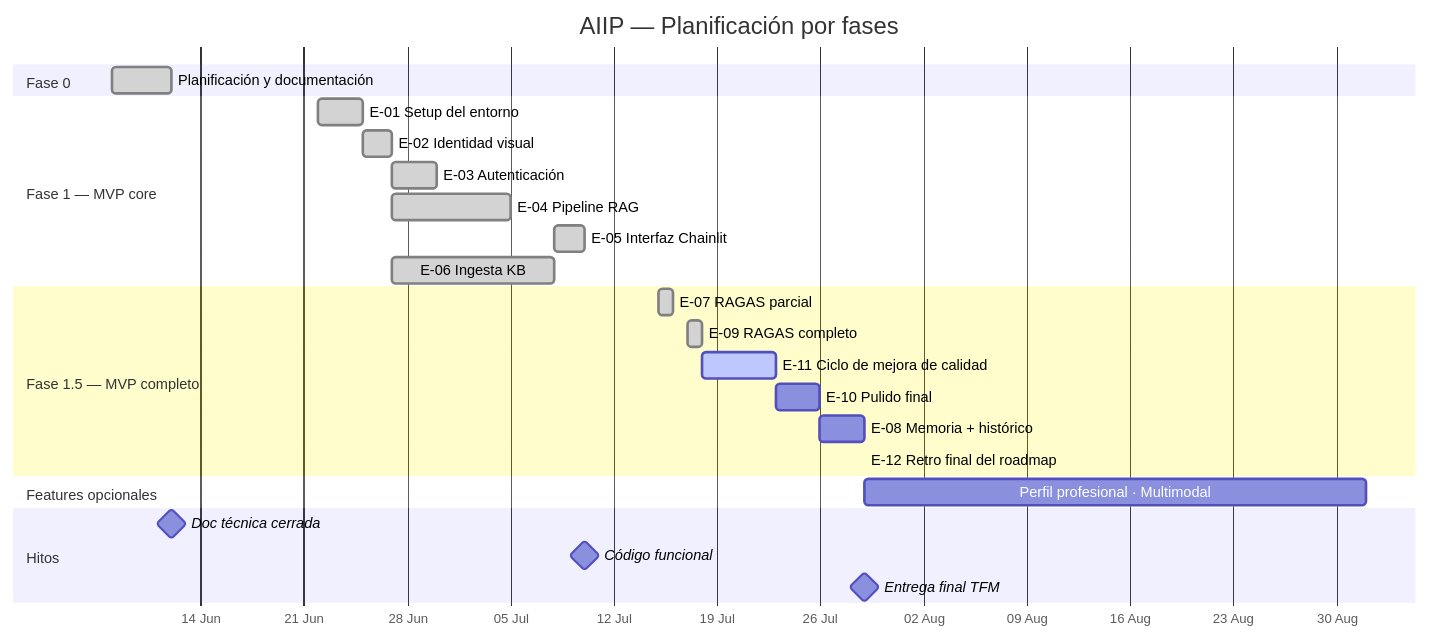
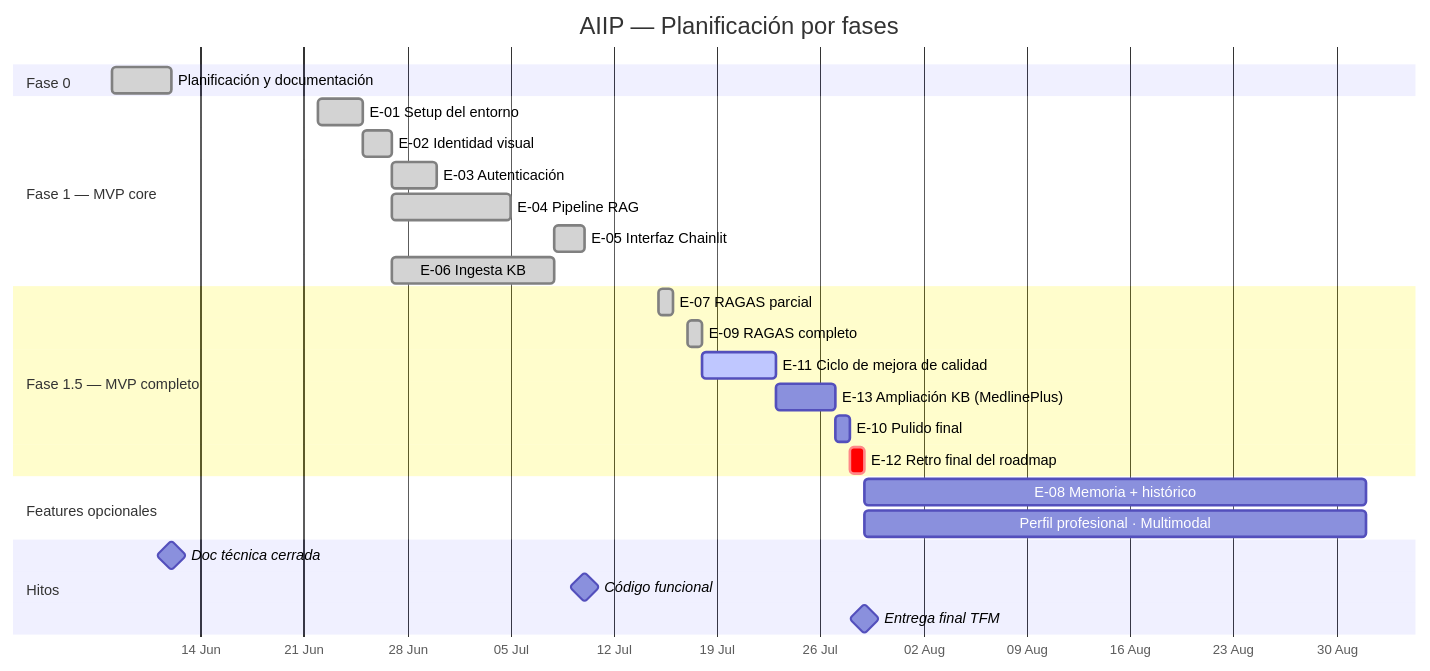
The diagram in README.md (mimpho/aiip), drawn with Mermaid before and after one commit. The commit also changed other lines of this file and 3 other files, not shown here.

Commit message:
docs: update project roadmap to postpone E-08 to post-TFM and prioritize E-13 (MedlinePlus KB expansion)

````diff
--- a/README.md
+++ b/README.md
@@ -67,33 +68,34 @@
 ```mermaid
 gantt
     title AIIP — Planificación por fases
     dateFormat  YYYY-MM-DD
     axisFormat  %d %b
 
     section Fase 0
     Planificación y documentación     :done,    f0, 2026-06-08, 2026-06-12
 
     section Fase 1 — MVP core
     E-01 Setup del entorno            :done,    e01, 2026-06-22, 2026-06-25
     E-02 Identidad visual             :done,    e02, 2026-06-25, 2026-06-27
     E-03 Autenticación                :done,    e03, 2026-06-27, 2026-06-30
     E-04 Pipeline RAG                 :done,    e04, 2026-06-27, 2026-07-05
     E-05 Interfaz Chainlit            :done,    e05, 2026-07-08, 2026-07-10
     E-06 Ingesta KB                   :done,    e06, 2026-06-27, 2026-07-08
 
     section Fase 1.5 — MVP completo
     E-07 RAGAS parcial                :done,    e07, 2026-07-15, 2026-07-16
     E-09 RAGAS completo                :done,    e09, 2026-07-17, 2026-07-18
     E-11 Ciclo de mejora de calidad   :active,  e11, 2026-07-18, 2026-07-23
-    E-10 Pulido final                 :         e10, 2026-07-23, 2026-07-26
-    E-08 Memoria + histórico          :         e08, 2026-07-26, 2026-07-29
-    E-12 Retro final del roadmap      :         e12, 2026-07-29, 2026-07-29
+    E-13 Ampliación KB (MedlinePlus)  :         e13, 2026-07-23, 2026-07-27
+    E-10 Pulido final                 :         e10, 2026-07-27, 2026-07-28
+    E-12 Retro final del roadmap      :crit,    e12, 2026-07-28, 2026-07-29
 
     section Features opcionales
+    E-08 Memoria + histórico          :         e08, 2026-07-29, 2026-09-01
     Perfil profesional · Multimodal   :         fo, 2026-07-29, 2026-09-01
 
     section Hitos
     Doc técnica cerrada               :milestone, 2026-06-12, 0d
     Código funcional                  :milestone, 2026-07-10, 0d
     Entrega final TFM                 :milestone, 2026-07-29, 0d
 ```
````
